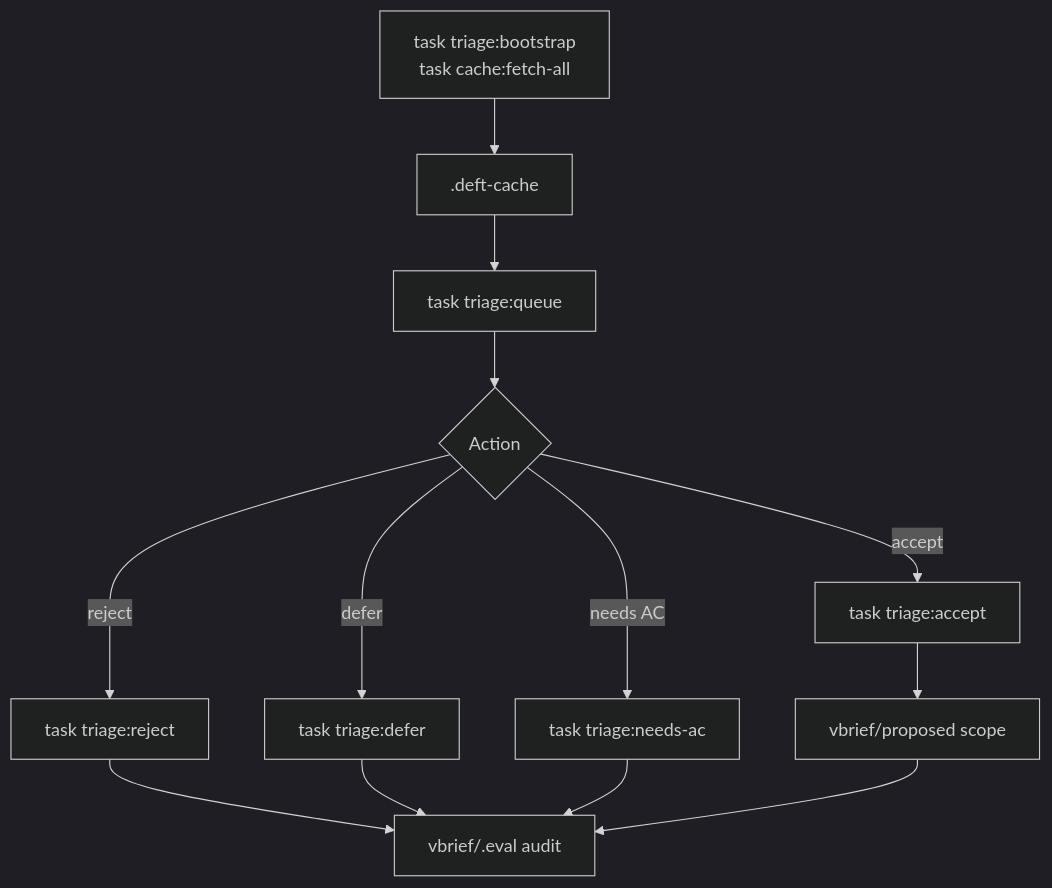
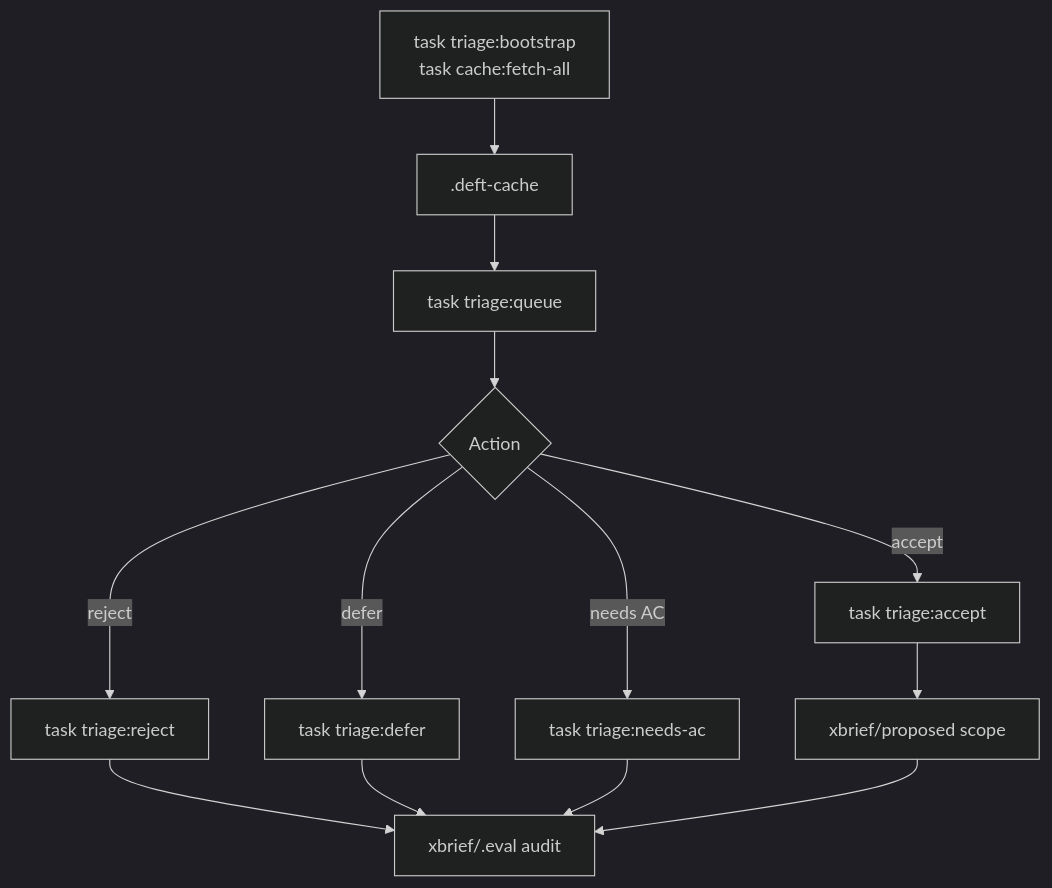
The fifth of 5 diagrams in content/commands.md (dbcall2/directive), drawn with Mermaid (dark theme) before and after one commit. The commit also changed other lines of this file and 44 other files, not shown here.

````diff
--- a/content/commands.md
+++ b/content/commands.md
@@ -215,15 +220,15 @@
 ```mermaid
 flowchart TD
     Fetch["task triage:bootstrap<br/>task cache:fetch-all"] --> Cache[".deft-cache"]
     Cache --> Queue["task triage:queue"]
     Queue --> Decision{"Action"}
     Decision -->|"accept"| Accept["task triage:accept"]
     Decision -->|"reject"| Reject["task triage:reject"]
     Decision -->|"defer"| Defer["task triage:defer"]
     Decision -->|"needs AC"| Needs["task triage:needs-ac"]
-    Accept --> Proposed["vbrief/proposed scope"]
-    Reject --> Audit["vbrief/.eval audit"]
+    Accept --> Proposed["xbrief/proposed scope"]
+    Reject --> Audit["xbrief/.eval audit"]
     Defer --> Audit
     Needs --> Audit
     Proposed --> Audit
 ```
````
